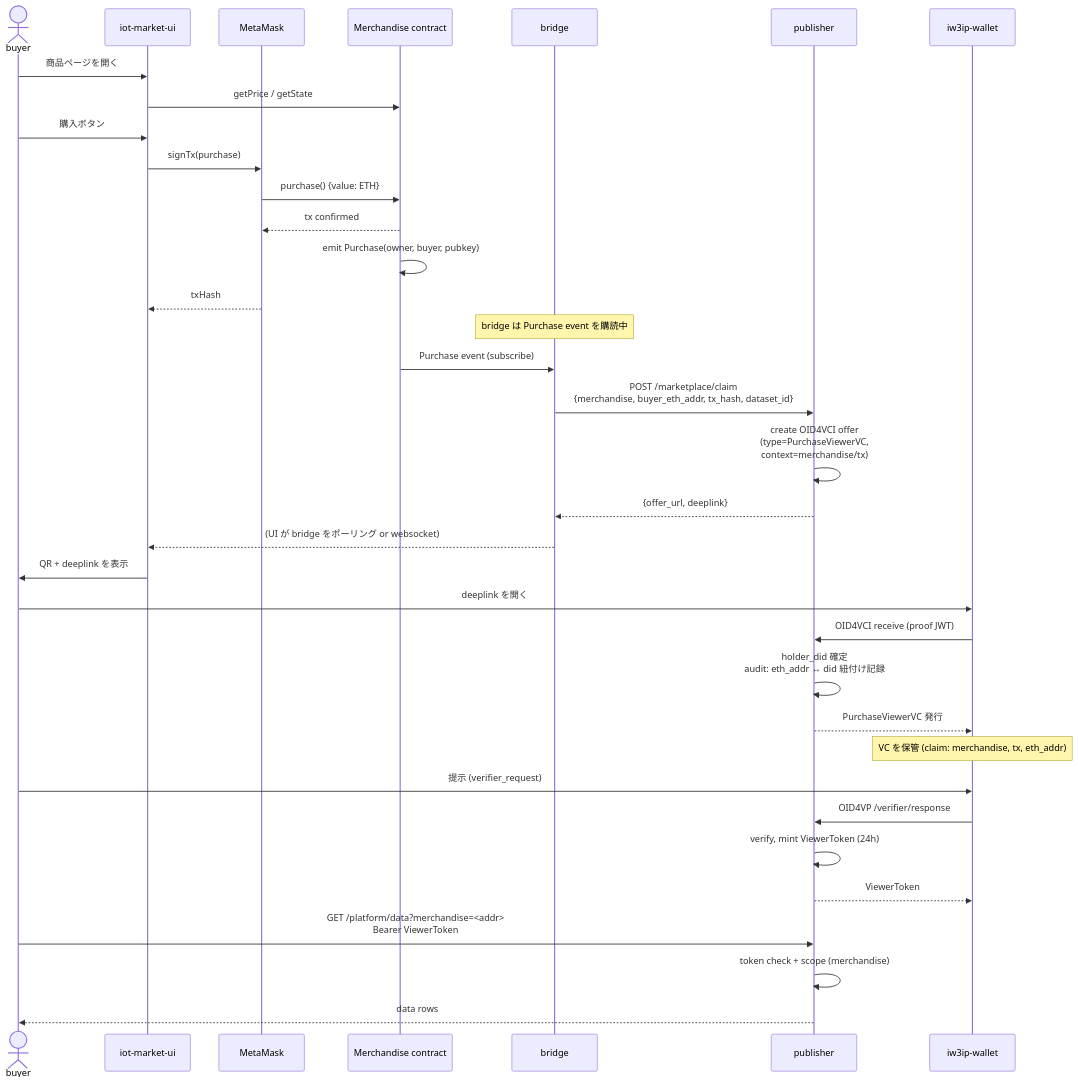
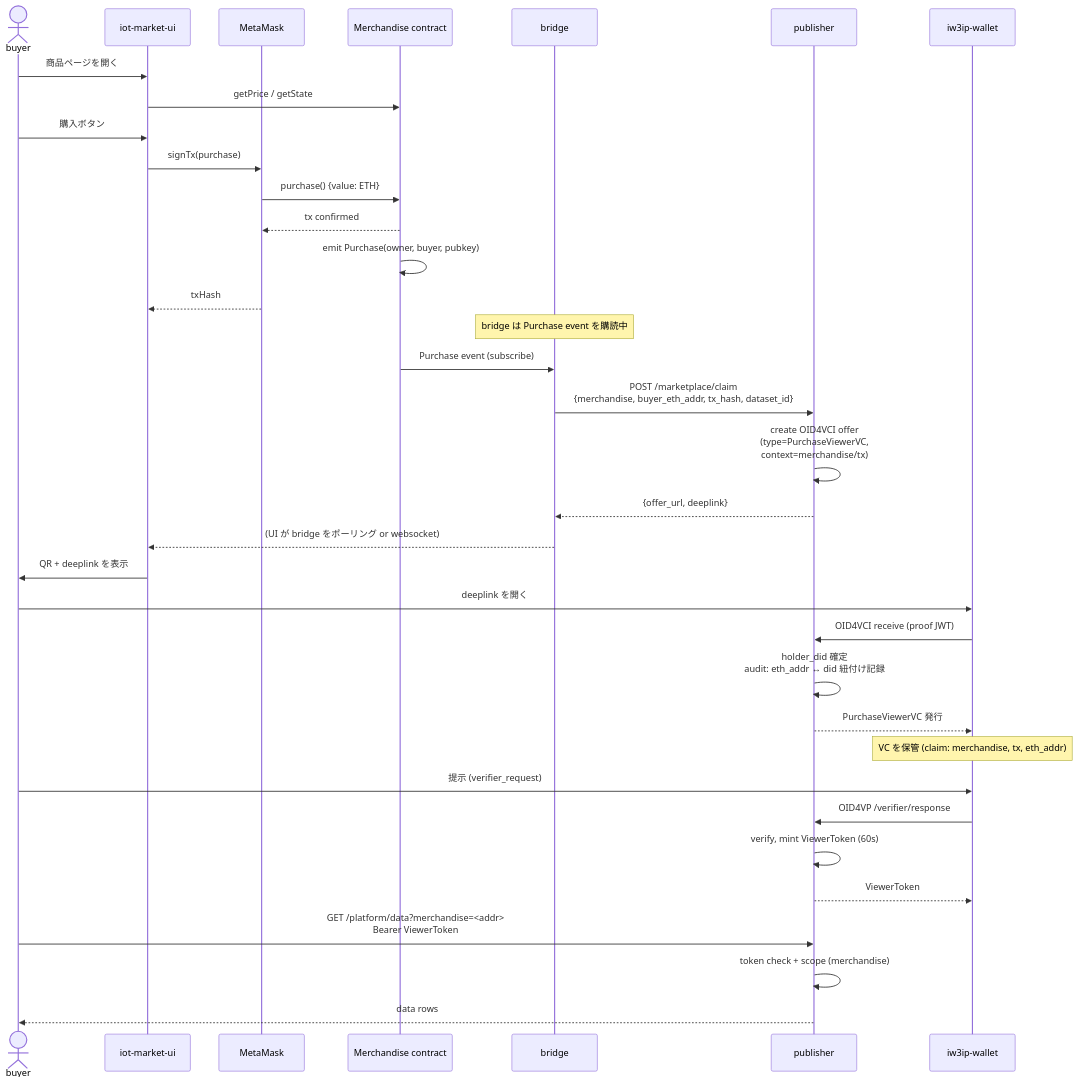
The diagram in docs/design/marketplace-vc-bridge-spec.md (ertlnagoya/iw3ip.github.io), drawn with Mermaid before and after one commit. The commit also changed other lines of this file and 25 other files, not shown here.

````diff
--- a/docs/design/marketplace-vc-bridge-spec.md
+++ b/docs/design/marketplace-vc-bridge-spec.md
@@ -157,39 +157,39 @@
 ```mermaid
 sequenceDiagram
     actor B as buyer
     participant UI as iot-market-ui
     participant MM as MetaMask
     participant MC as Merchandise contract
     participant BR as bridge
     participant PUB as publisher
     participant W as iw3ip-wallet
 
     B->>UI: 商品ページを開く
     UI->>MC: getPrice / getState
     B->>UI: 購入ボタン
     UI->>MM: signTx(purchase)
     MM->>MC: purchase() {value: ETH}
     MC-->>MM: tx confirmed
     MC->>MC: emit Purchase(owner, buyer, pubkey)
     MM-->>UI: txHash
     Note over BR: bridge は Purchase event を購読中
     MC->>BR: Purchase event (subscribe)
     BR->>PUB: POST /marketplace/claim<br/>{merchandise, buyer_eth_addr, tx_hash, dataset_id}
     PUB->>PUB: create OID4VCI offer<br/>(type=PurchaseViewerVC,<br/>context=merchandise/tx)
     PUB-->>BR: {offer_url, deeplink}
     BR-->>UI: (UI が bridge をポーリング or websocket)
     UI->>B: QR + deeplink を表示
     B->>W: deeplink を開く
     W->>PUB: OID4VCI receive (proof JWT)
     PUB->>PUB: holder_did 確定<br/>audit: eth_addr ↔ did 紐付け記録
     PUB-->>W: PurchaseViewerVC 発行
     Note over W: VC を保管 (claim: merchandise, tx, eth_addr)
 
     B->>W: 提示 (verifier_request)
     W->>PUB: OID4VP /verifier/response
-    PUB->>PUB: verify, mint ViewerToken (24h)
+    PUB->>PUB: verify, mint ViewerToken (60s)
     PUB-->>W: ViewerToken
     B->>PUB: GET /platform/data?merchandise=<addr><br/>Bearer ViewerToken
     PUB->>PUB: token check + scope (merchandise)
     PUB-->>B: data rows
 ```
````
